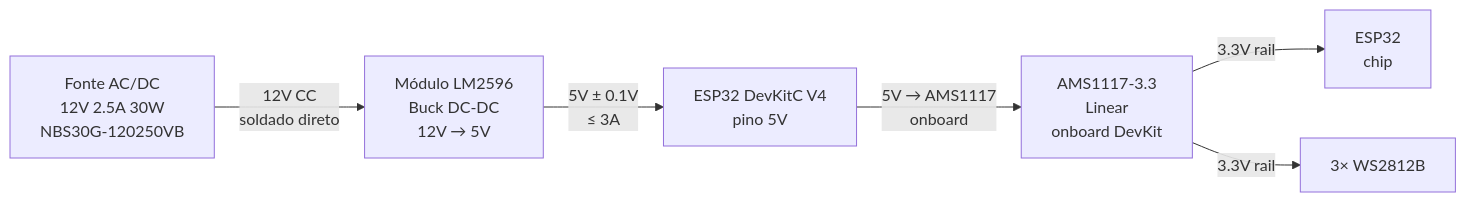
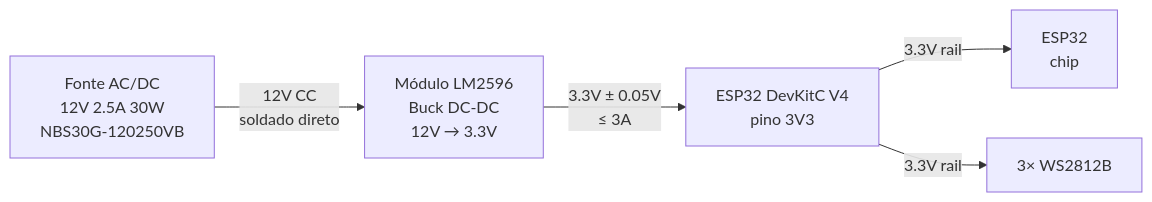
The diagram in modules/power/05_alimentacao.md (engsofjvolfe/42), drawn with Mermaid before and after one commit. The commit also changed other lines of this file and 1 other file, not shown here.

First line of the commit message:
docs(power): revisa arquitetura de alimentacao — rail 3.3V direto do LM2596

````diff
--- a/modules/power/05_alimentacao.md
+++ b/modules/power/05_alimentacao.md
@@ -40,8 +40,7 @@
 ```mermaid
 flowchart LR
-    FONTE["Fonte AC/DC\n12V 2.5A 30W\nNBS30G-120250VB"] -->|"12V CC\nsoldado direto"| LM["Módulo LM2596\nBuck DC-DC\n12V → 5V"]
-    LM -->|"5V ± 0.1V\n≤ 3A"| VIN["ESP32 DevKitC V4\npino 5V"]
-    VIN -->|"5V → AMS1117\nonboard"| AMS["AMS1117-3.3\nLinear\nonboard DevKit"]
-    AMS -->|"3.3V rail"| ESP["ESP32\nchip"]
-    AMS -->|"3.3V rail"| LEDS["3× WS2812B"]
+    FONTE["Fonte AC/DC\n12V 2.5A 30W\nNBS30G-120250VB"] -->|"12V CC\nsoldado direto"| LM["Módulo LM2596\nBuck DC-DC\n12V → 3.3V"]
+    LM -->|"3.3V ± 0.05V\n≤ 3A"| V33["ESP32 DevKitC V4\npino 3V3"]
+    V33 -->|"3.3V rail"| ESP["ESP32\nchip"]
+    V33 -->|"3.3V rail"| LEDS["3× WS2812B"]
 ```
````
